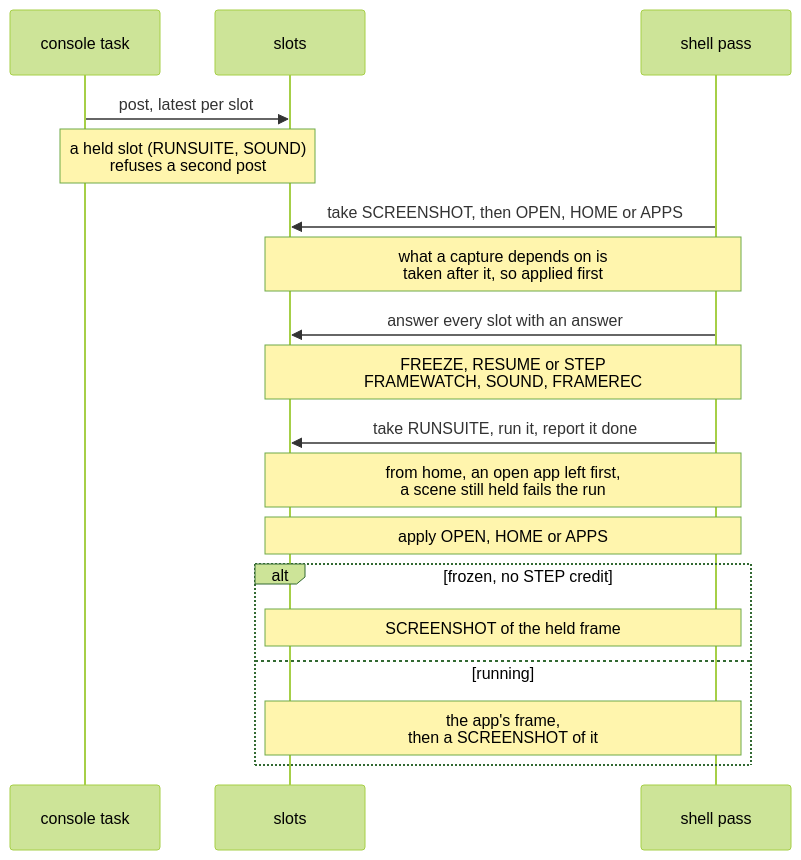
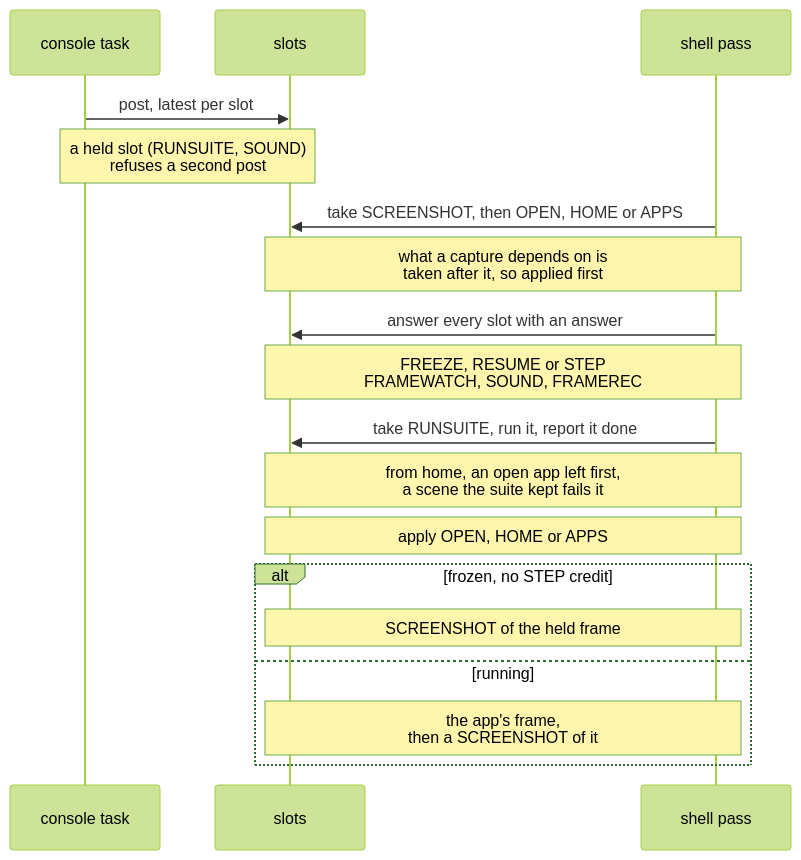
Before and after one commit to jose-villegas/autana: the second of 2 diagrams in docs/firmware/Frame-Loop.md, drawn with Mermaid (forest theme). The commit also changed 3 other files, not shown here.

Commit message:
RUNSUITE: a suite that keeps a scene fails by its own name, and the scene goes (autana-0iehu)

````diff
--- a/docs/firmware/Frame-Loop.md
+++ b/docs/firmware/Frame-Loop.md
@@ -50,20 +50,20 @@
 ```mermaid
 sequenceDiagram
     participant Console as console task
     participant Slot as slots
     participant Shell as shell pass
     Console->>Slot: post, latest per slot
     Note over Console,Slot: a held slot (RUNSUITE, SOUND)<br/>refuses a second post
     Shell->>Slot: take SCREENSHOT, then OPEN, HOME or APPS
     Note over Slot,Shell: what a capture depends on is<br/>taken after it, so applied first
     Shell->>Slot: answer every slot with an answer
     Note over Slot,Shell: FREEZE, RESUME or STEP<br/>FRAMEWATCH, SOUND, FRAMEREC
     Shell->>Slot: take RUNSUITE, run it, report it done
-    Note over Slot,Shell: from home, an open app left first,<br/>a scene still held fails the run
+    Note over Slot,Shell: from home, an open app left first,<br/>a scene the suite kept fails it
     Note over Slot,Shell: apply OPEN, HOME or APPS
     alt frozen, no STEP credit
         Note over Slot,Shell: SCREENSHOT of the held frame
     else running
         Note over Slot,Shell: the app's frame,<br/>then a SCREENSHOT of it
     end
 ```
````
